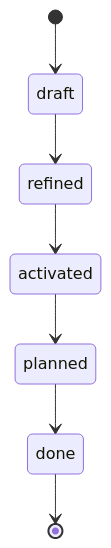
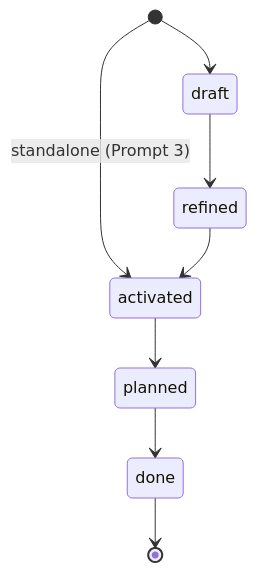
Before and after one commit to ecarrizo2/spec-driven-development-boilerplate: the first of 3 diagrams in user-development/STATUS-REFERENCE.md, drawn with Mermaid. The commit also changed other lines of this file and 6 other files, not shown here.

First line of the commit message:
refine: field-based approval cleanup, schema reference, status shortcuts

````diff
--- a/user-development/STATUS-REFERENCE.md
+++ b/user-development/STATUS-REFERENCE.md
@@ -32,9 +34,10 @@
 ```mermaid
 stateDiagram-v2
     [*] --> draft
+    [*] --> activated : standalone (Prompt 3)
     draft --> refined
     refined --> activated
     activated --> planned
     planned --> done
     done --> [*]
 ```
````
